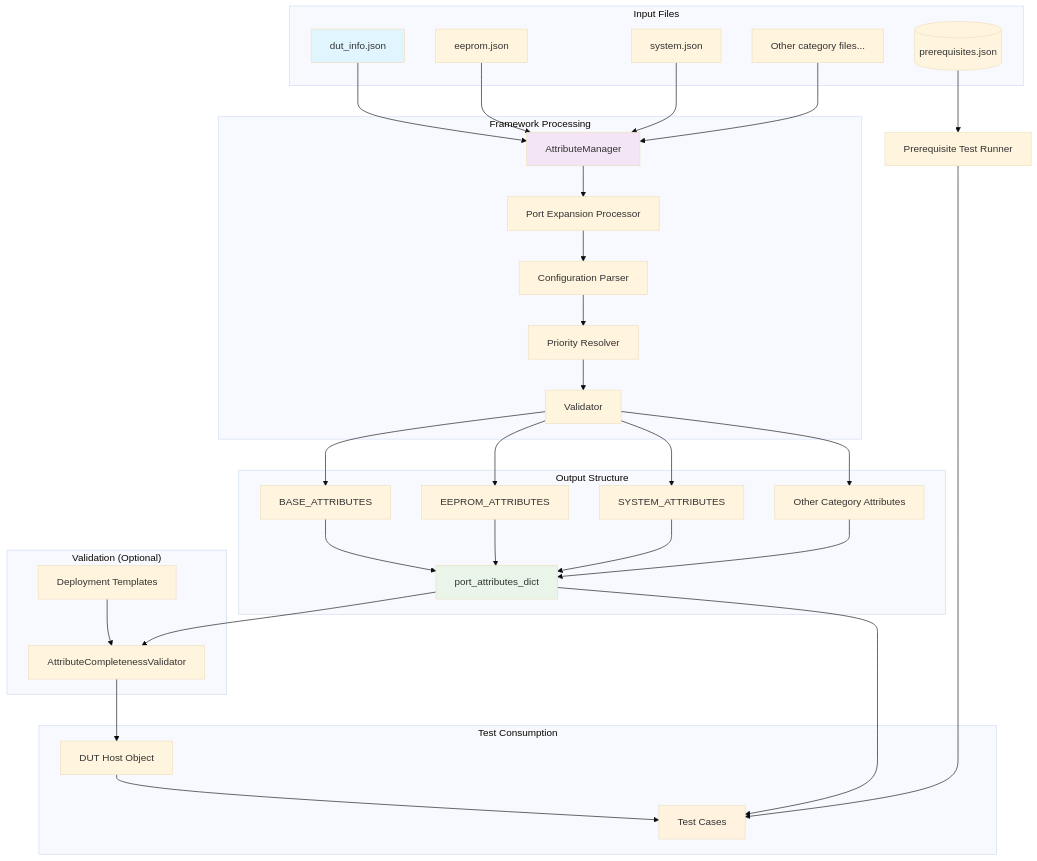
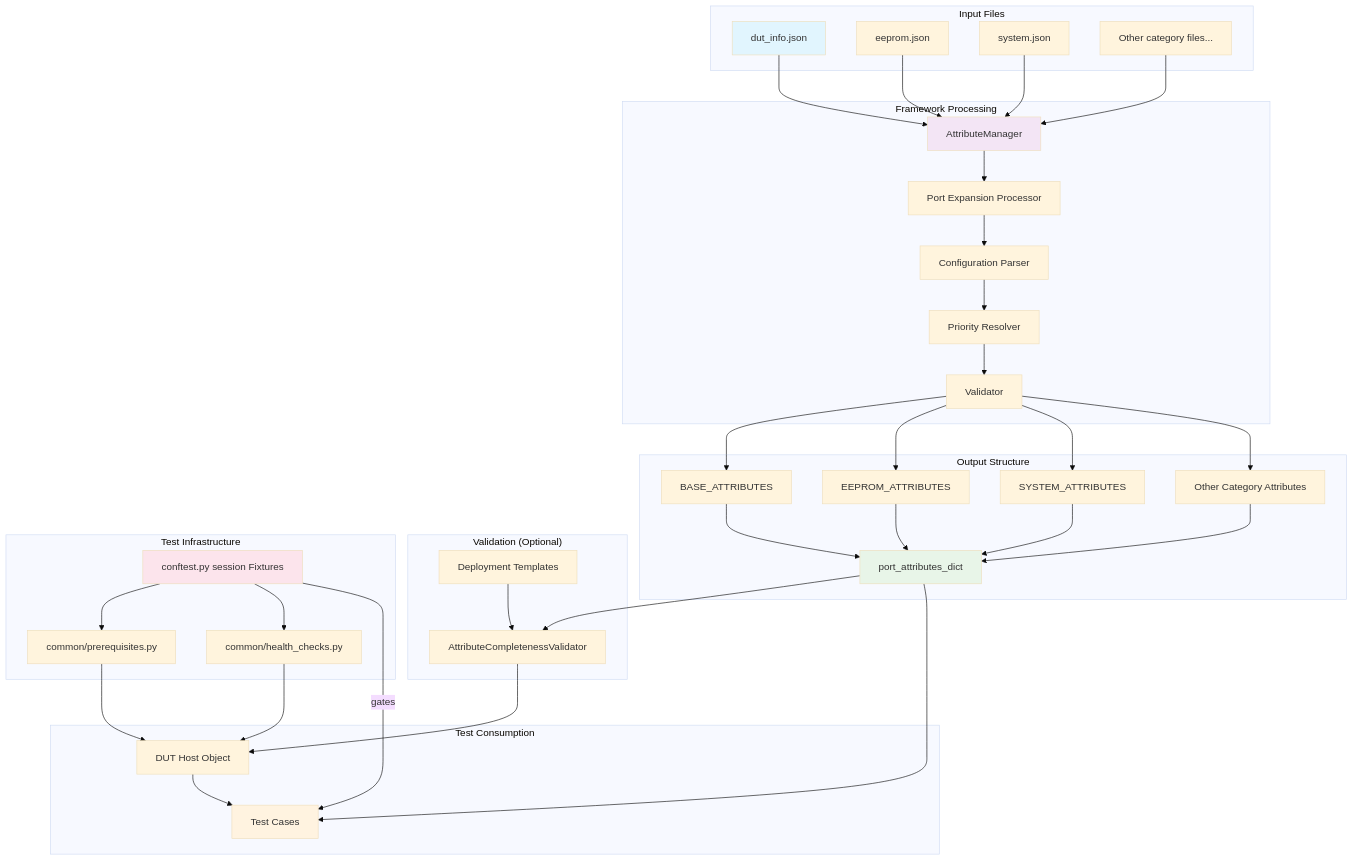
The first of 2 diagrams in docs/testplan/transceiver/diagrams/data_flow.md (sonic-net/sonic-mgmt), drawn with Mermaid (base theme) before and after one commit. The commit also changed other lines of this file and 31 other files, not shown here.

First line of the commit message:
[[test-pTest plan] Replace prerequisites.json with conftest.py fixture architecture, add port config test plan, and fix consistency (#24184)

````diff
--- a/docs/testplan/transceiver/diagrams/data_flow.md
+++ b/docs/testplan/transceiver/diagrams/data_flow.md
@@ -5,69 +5,79 @@
 ```mermaid
 graph TB
     subgraph "Input Files"
         A[dut_info.json]
         B[eeprom.json]
-        C[system.json] 
+        C[system.json]
         D[Other category files...]
-    X[(prerequisites.json)]
     end
-    
+
     subgraph "Framework Processing"
         E[AttributeManager]
         F[Port Expansion Processor]
         G[Configuration Parser]
         H[Priority Resolver]
         I[Validator]
     end
-    
+
     subgraph "Output Structure"
         J[port_attributes_dict]
         K[BASE_ATTRIBUTES]
         L[EEPROM_ATTRIBUTES]
         M[SYSTEM_ATTRIBUTES]
         N[Other Category Attributes]
     end
-    
+
     subgraph "Validation (Optional)"
         Q[Deployment Templates]
         R[AttributeCompletenessValidator]
     end
-    
+
+    subgraph "Test Infrastructure"
+        S[conftest.py session Fixtures]
+        T[common/prerequisites.py]
+        U[common/health_checks.py]
+    end
+
     subgraph "Test Consumption"
         O[Test Cases]
         P[DUT Host Object]
     end
-    
+
     A --> E
     B --> E
     C --> E
     D --> E
-    X --> T[Prerequisite Test Runner]
-    T --> O
-    
+
     E --> F
     F --> G
     G --> H
     H --> I
-    
+
     I --> K
     I --> L
     I --> M
     I --> N
-    
+
     K --> J
     L --> J
     M --> J
     N --> J
-    
+
     J --> R
     Q --> R
     R --> P
     P --> O
     J --> O
-    
+
+    S --> T
+    T --> P
+    S --> U
+    U --> P
+    S -->|gates| O
+
     style A fill:#e1f5fe
     style E fill:#f3e5f5
     style J fill:#e8f5e8
     style O fill:#fff3e0
+    style S fill:#fce4ec
 ```
````
